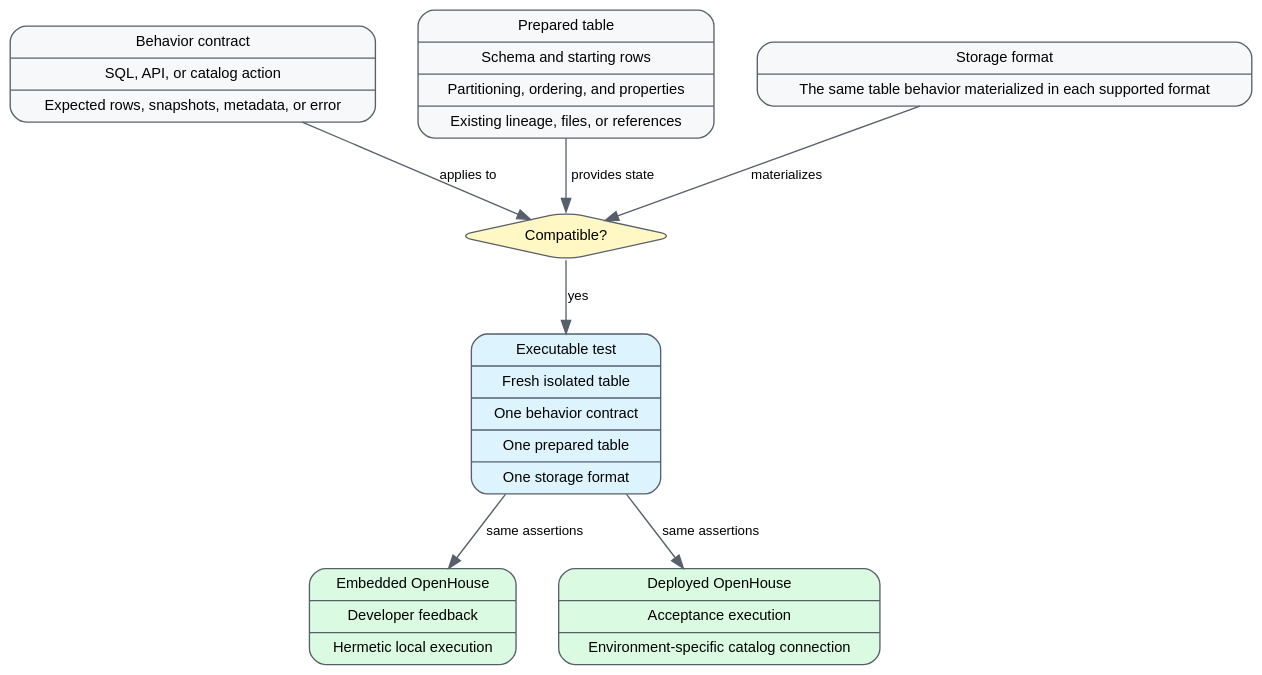
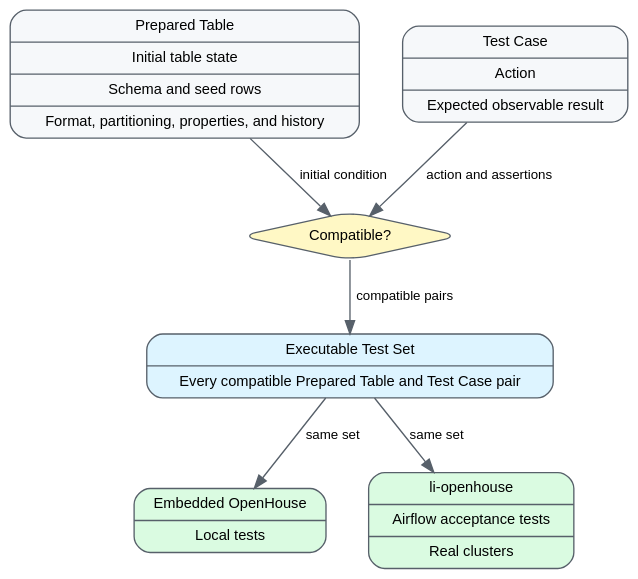
Before and after one commit to linkedin/openhouse: the diagram in integrations/spark/delta-harness/COVERAGE-MODEL.dot, drawn with Graphviz. The commit also changed 4 other files, not shown here.

```diff
--- a/integrations/spark/delta-harness/COVERAGE-MODEL.dot
+++ b/integrations/spark/delta-harness/COVERAGE-MODEL.dot
@@ -1,69 +1,64 @@
 digraph DeltaHarnessCoverage {
   graph [
     rankdir=TB
     bgcolor="transparent"
     fontname="Helvetica"
     nodesep=0.45
     ranksep=0.6
     pad=0.2
   ]
 
   node [
     shape=record
     style="rounded,filled"
     color="#57606a"
     fillcolor="#f6f8fa"
     fontname="Helvetica"
     fontsize=11
     margin="0.12,0.08"
   ]
 
   edge [
     color="#57606a"
     fontname="Helvetica"
     fontsize=10
   ]
 
-  behavior [
-    label="{Behavior contract|SQL, API, or catalog action|Expected rows, snapshots, metadata, or error}"
+  table [
+    label="{Prepared Table|Initial table state|Schema and seed rows|Format, partitioning, properties, and history}"
   ]
 
-  table [
-    label="{Prepared table|Schema and starting rows|Partitioning, ordering, and properties|Existing lineage, files, or references}"
-  ]
-
-  format [
-    label="{Storage format|The same table behavior materialized in each supported format}"
+  test_case [
+    label="{Test Case|Action|Expected observable result}"
   ]
 
   compatibility [
     shape=diamond
     label="Compatible?"
     fillcolor="#fff8c5"
   ]
 
-  executable [
-    label="{Executable test|Fresh isolated table|One behavior contract|One prepared table|One storage format}"
+  executable_set [
+    label="{Executable Test Set|Every compatible Prepared Table and Test Case pair}"
     fillcolor="#ddf4ff"
   ]
 
   local [
-    label="{Embedded OpenHouse|Developer feedback|Hermetic local execution}"
+    label="{Embedded OpenHouse|Local tests}"
     fillcolor="#dafbe1"
   ]
 
   acceptance [
-    label="{Deployed OpenHouse|Acceptance execution|Environment-specific catalog connection}"
+    label="{li-openhouse|Airflow acceptance tests|Real clusters}"
     fillcolor="#dafbe1"
   ]
 
-  { rank=same; behavior; table; format }
+  { rank=same; table; test_case }
   { rank=same; local; acceptance }
 
-  behavior -> compatibility [label="applies to"]
-  table -> compatibility [label="provides state"]
-  format -> compatibility [label="materializes"]
-  compatibility -> executable [label="yes"]
-  executable -> local [label="same assertions"]
-  executable -> acceptance [label="same assertions"]
+  table -> compatibility [label="initial condition"]
+  test_case -> compatibility [label="action and assertions"]
+  compatibility -> executable_set [label="compatible pairs"]
+  executable_set -> local [label="same set"]
+  executable_set -> acceptance [label="same set"]
 }
```
